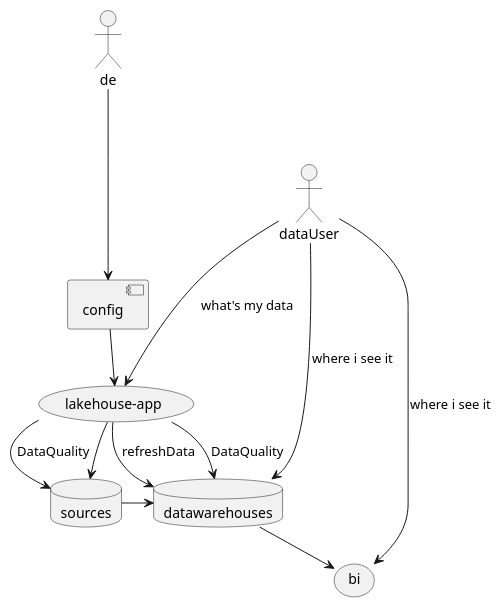
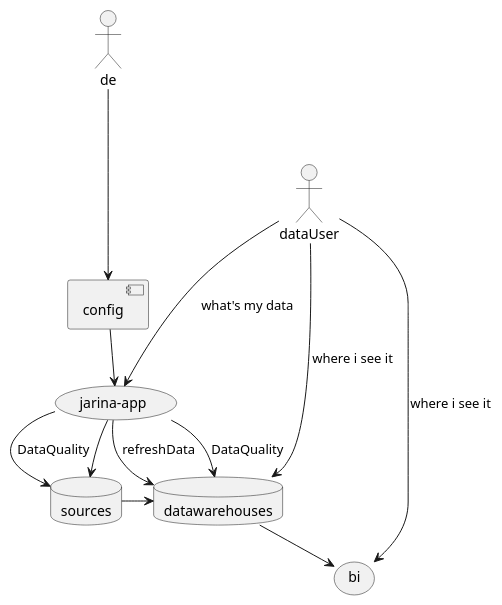
The diagram in doc-ru/nexttimedev/uml/datacatalog.puml (zaytsevdmitry/lakehouse), drawn with PlantUML before and after one commit. The commit also changed 2462 other files, not shown here.

```diff
--- a/doc-ru/nexttimedev/uml/datacatalog.puml
+++ b/doc-ru/nexttimedev/uml/datacatalog.puml
@@ -1,25 +1,25 @@
 @startuml
 'https://plantuml.com/use-case-diagram
 !pragma layout smetana
 
 database datawarehouses
 database sources
 
 de ---->   [config]
-[config] --> (lakehouse-app)
+[config] --> (jarina-app)
 
-(lakehouse-app) --> sources
-(lakehouse-app) --> datawarehouses: refreshData
-(lakehouse-app) --> datawarehouses: DataQuality
-(lakehouse-app) --> sources: DataQuality
+(jarina-app) --> sources
+(jarina-app) --> datawarehouses: refreshData
+(jarina-app) --> datawarehouses: DataQuality
+(jarina-app) --> sources: DataQuality
 
 
 
 datawarehouses --> (bi)
 sources -> datawarehouses
 
-dataUser ---> (lakehouse-app):what's my data
+dataUser ---> (jarina-app):what's my data
 dataUser ---> datawarehouses:where i see it
 dataUser ---> bi:where i see it
 
 @enduml
```
